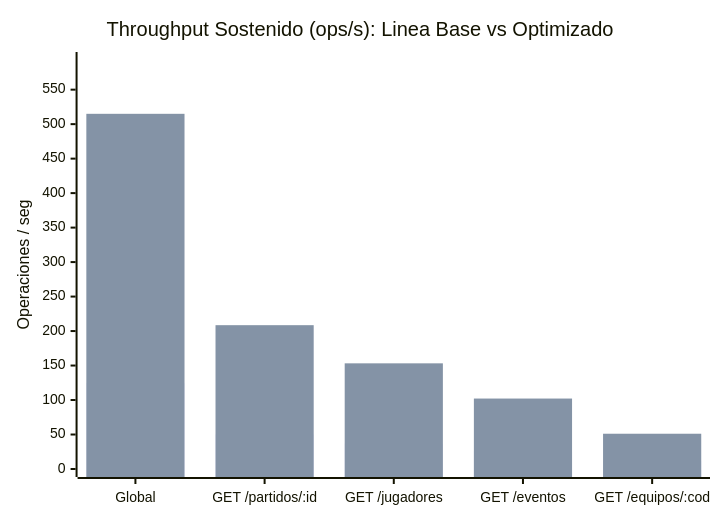
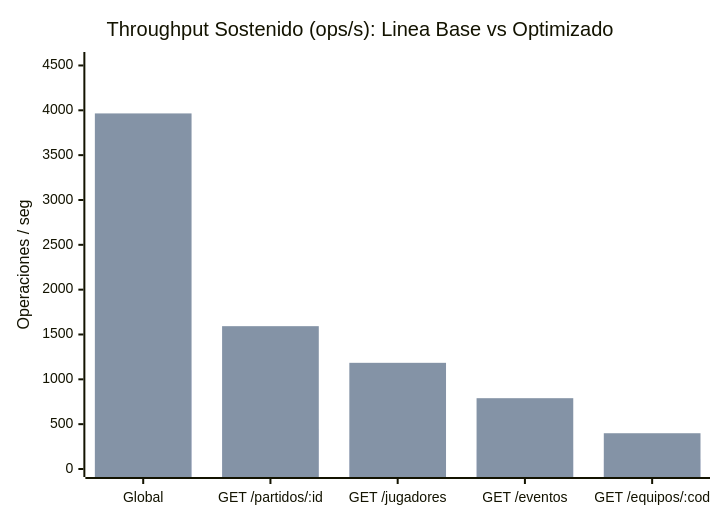
The second of 2 diagrams in hito-12-carga-optimizacion/docs/evidencia/tablas_o_graficos.md (BrianValente/uade-tpo-ingenieria-de-datos-ii-fixture), drawn with Mermaid before and after one commit. The commit also changed other lines of this file and 48 other files, not shown here.

````diff
--- a/hito-12-carga-optimizacion/docs/evidencia/tablas_o_graficos.md
+++ b/hito-12-carga-optimizacion/docs/evidencia/tablas_o_graficos.md
@@ -77,8 +77,8 @@
 ```mermaid
 xychart-beta
     title "Throughput Sostenido (ops/s): Linea Base vs Optimizado"
     x-axis ["Global", "GET /partidos/:id", "GET /jugadores", "GET /eventos", "GET /equipos/:cod"]
-    y-axis "Operaciones / seg" 0 --> 593
-    bar [124.59, 50.23, 36.9, 25.86, 11.6]
-    bar [514.98, 208.52, 153.2, 102.14, 51.13]
+    y-axis "Operaciones / seg" 0 --> 4561
+    bar [1103.48, 446.67, 330.38, 217.77, 108.67]
+    bar [3965.25, 1592.74, 1184.04, 789.65, 398.83]
 ```
````
